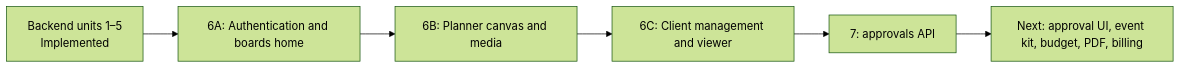
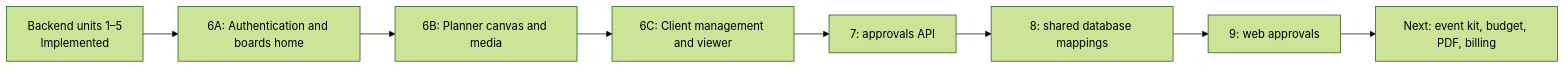
The first of 2 diagrams in docs/17-web-planner-client-ui.md (Abisola-Morohunfolu/moodboards), drawn with Mermaid (forest theme) before and after one commit. The commit also changed other lines of this file and 25 other files, not shown here.

Commit message:
feat: complete web client approvals (#12)

````diff
--- a/docs/17-web-planner-client-ui.md
+++ b/docs/17-web-planner-client-ui.md
@@ -10,8 +10,10 @@
 ```mermaid
 flowchart LR
   A["Backend units 1–5<br/>Implemented"] --> B["6A: Authentication and boards home"]
   B --> C["6B: Planner canvas and media"]
   C --> D["6C: Client management and viewer"]
   D --> E["7: approvals API"]
-  E --> F["Next: approval UI, event kit, budget, PDF, billing"]
+  E --> F["8: shared database mappings"]
+  F --> G["9: web approvals"]
+  G --> H["Next: event kit, budget, PDF, billing"]
 ```
````
